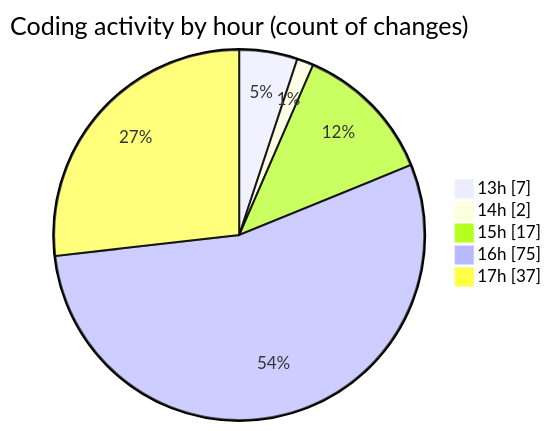
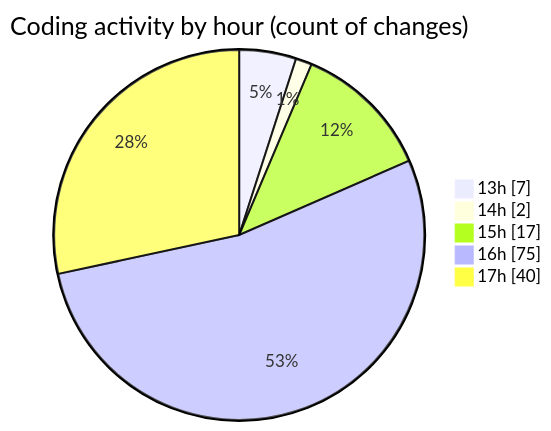
Before and after one commit to charlie-sans/code-tracking: the second of 2 diagrams in 2025-02-24/micros/README.md, drawn with Mermaid. The commit also changed other lines of this file and 1 other file, not shown here.

````diff
--- a/2025-02-24/micros/README.md
+++ b/2025-02-24/micros/README.md
@@ -48,9 +48,9 @@
 ```mermaid
 pie showData
 title Coding activity by hour (count of changes)
 "13h" : 7
 "14h" : 2
 "15h" : 17
 "16h" : 75
-"17h" : 37
+"17h" : 40
 ```
````
